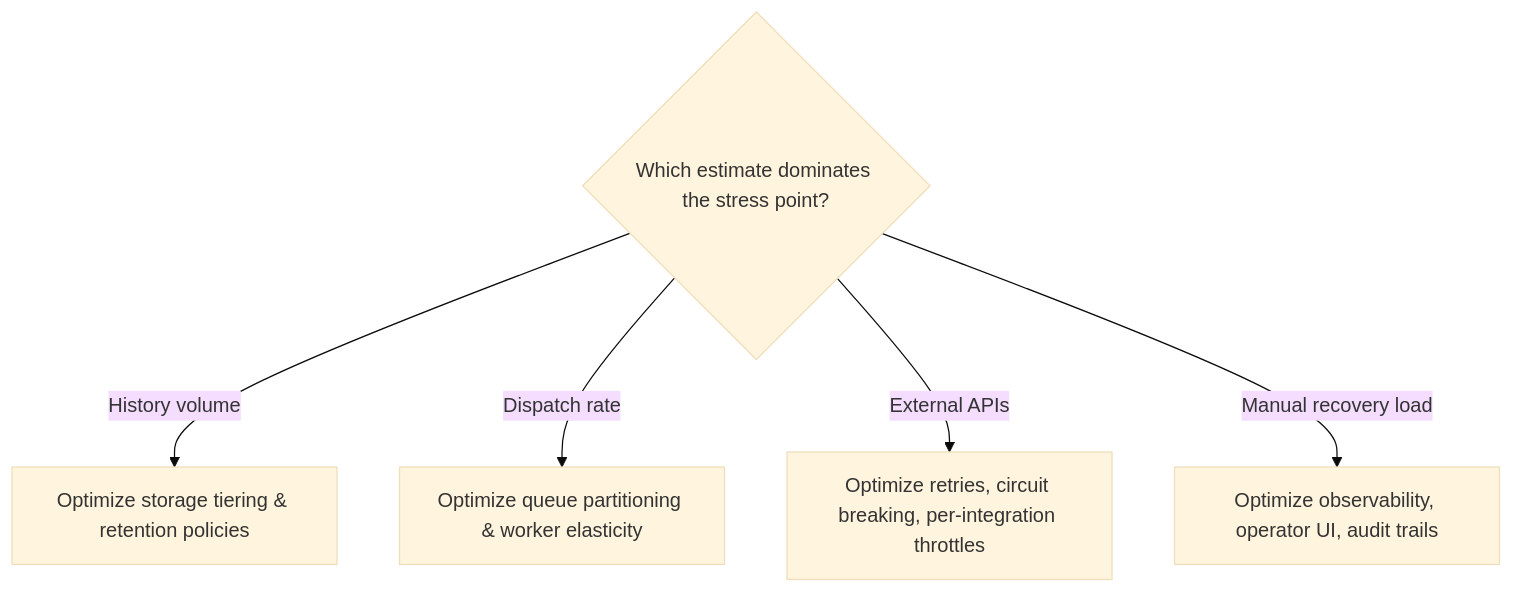
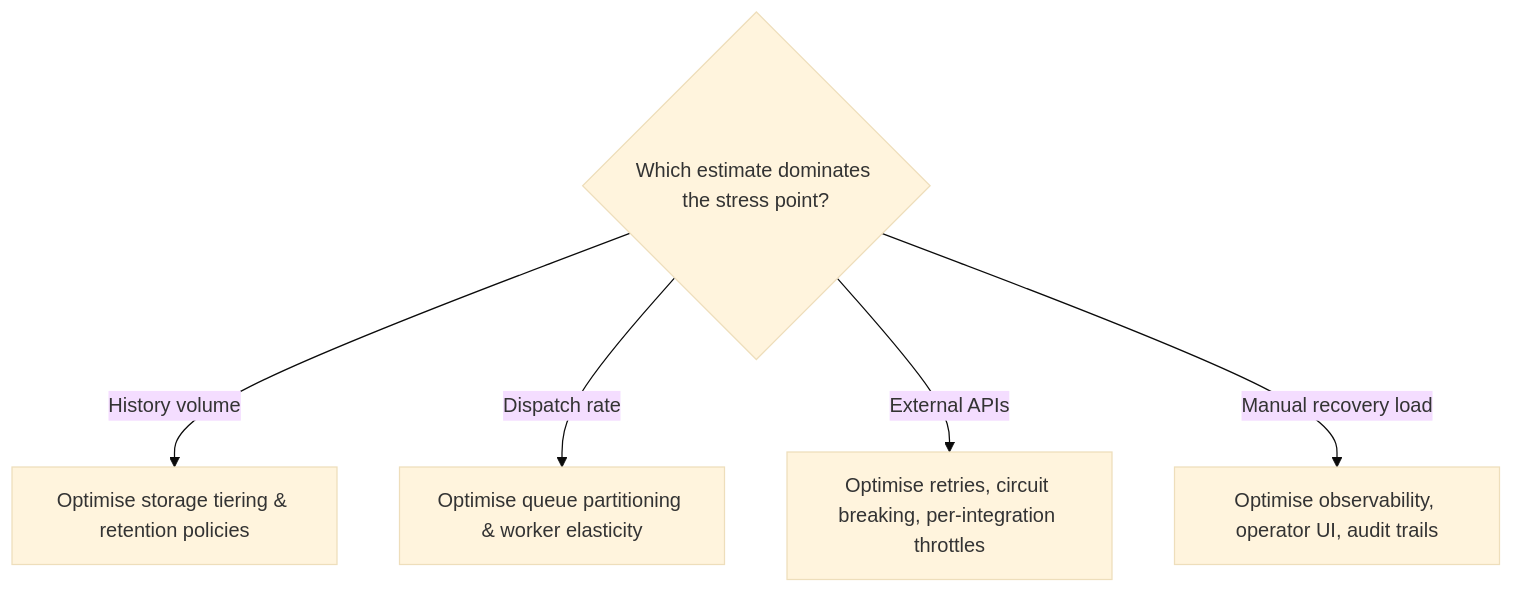
Before and after one commit to Sourav692/Forward-Deployed-Engineer-Interview-Prep: the diagram in site/content/modules/15-fde-case-studies/standalone-designs/reliable-workflow-orchestration/tutorial-v2-part-3.md, drawn with Mermaid (base theme). The commit also changed 191 other files, not shown here.

First line of the commit message:
content: British spellings inside diagrams (AF-06)

````diff
--- a/site/content/modules/15-fde-case-studies/standalone-designs/reliable-workflow-orchestration/tutorial-v2-part-3.md
+++ b/site/content/modules/15-fde-case-studies/standalone-designs/reliable-workflow-orchestration/tutorial-v2-part-3.md
@@ -116,8 +116,8 @@
 ```mermaid
 flowchart TD
   A{Which estimate dominates the stress point?}
-  A -->|History volume| B[Optimize storage tiering & retention policies]
-  A -->|Dispatch rate| C[Optimize queue partitioning & worker elasticity]
-  A -->|External APIs| D[Optimize retries, circuit breaking, per-integration throttles]
-  A -->|Manual recovery load| E[Optimize observability, operator UI, audit trails]
+  A -->|History volume| B[Optimise storage tiering & retention policies]
+  A -->|Dispatch rate| C[Optimise queue partitioning & worker elasticity]
+  A -->|External APIs| D[Optimise retries, circuit breaking, per-integration throttles]
+  A -->|Manual recovery load| E[Optimise observability, operator UI, audit trails]
 ```
````
